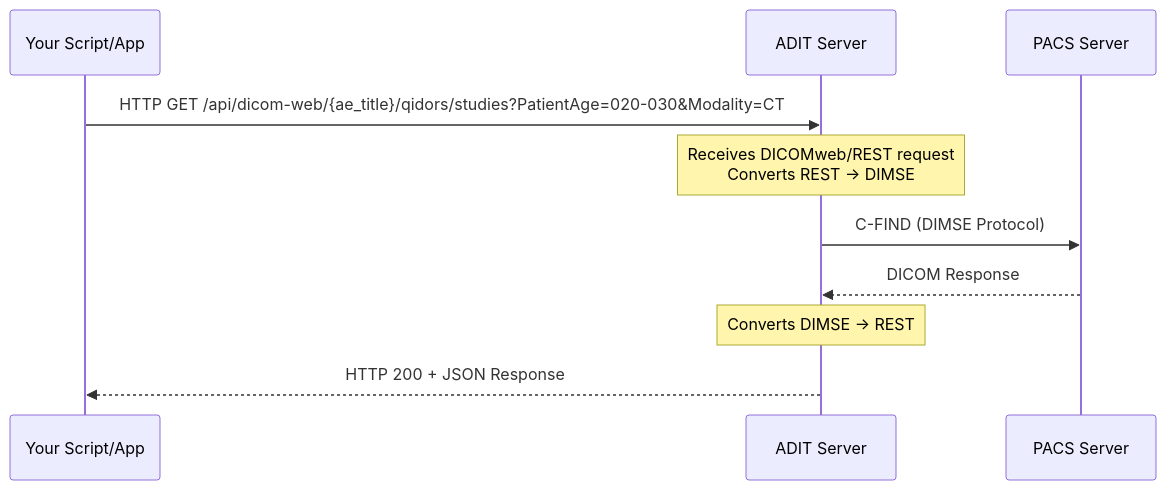
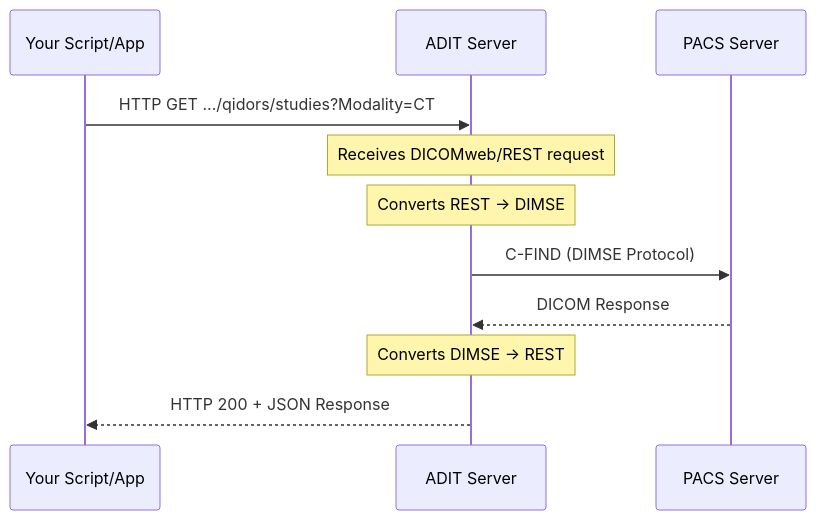
One commit to openradx/adit changed the diagram in README.md. Above: the diagram before and after it, drawn with Mermaid. The commit also changed 1 other file, not shown here.

Commit message:
Keep the DICOMweb sequence diagram to short lines

Claude-Session: https://claude.ai/code/session_01VJLvuvkvWvVugkg2wvMymW

````diff
--- a/README.md
+++ b/README.md
@@ -43,15 +43,16 @@
 ```mermaid
 sequenceDiagram
     participant Client as Your Script/App
     participant ADIT as ADIT Server
     participant PACS as PACS Server
 
-    Client->>ADIT: HTTP GET /api/dicom-web/{ae_title}/qidors/studies?PatientAge=020-030&Modality=CT
-    Note over ADIT: Receives DICOMweb/REST request<br/>Converts REST → DIMSE
+    Client->>ADIT: HTTP GET .../qidors/studies?Modality=CT
+    Note over ADIT: Receives DICOMweb/REST request
 
+    Note over ADIT: Converts REST → DIMSE
     ADIT->>PACS: C-FIND (DIMSE Protocol)
     PACS-->>ADIT: DICOM Response
 
     Note over ADIT: Converts DIMSE → REST
     ADIT-->>Client: HTTP 200 + JSON Response
 ```
````
